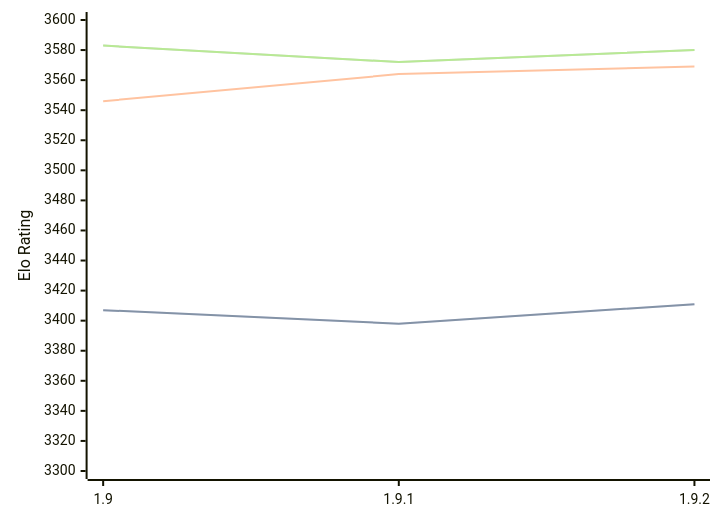
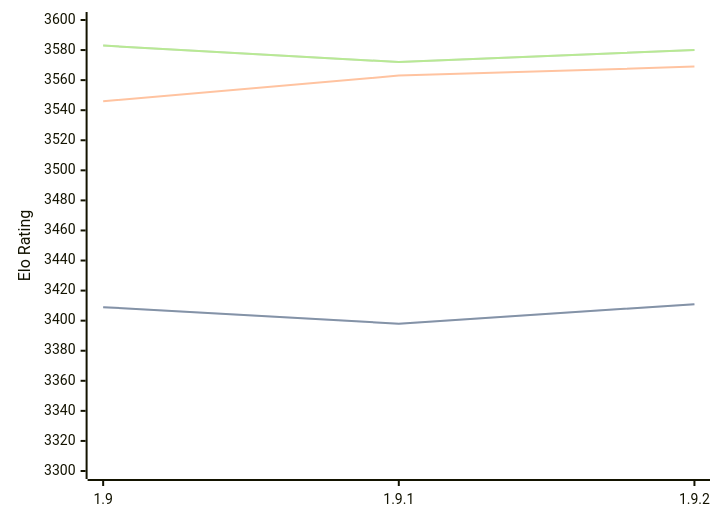
Before and after one commit to computer-chess-index/cci: the diagram in engines/Pawnocchio.md, drawn with Mermaid. The commit also changed other lines of this file, not shown here.

````diff
--- a/engines/Pawnocchio.md
+++ b/engines/Pawnocchio.md
@@ -45,11 +45,11 @@
 ```mermaid
 %%{init: {"theme":"base","themeVariables":{"seriesColors:['#a3a3a3','#222221','#faa371']}}}%%
 xychart-beta
   x-axis ["1.9", "1.9.1", "1.9.2"]
   y-axis "Elo Rating" 3300 --> 3600
-  line "STC (8.0+0.08s)" [3407, 3398, 3411]
-  line "STC (8.0+0.08s)" [3407, 3398, 3411]
-  line "LTC (60.0+0.60s)" [3546, 3564, 3569]
+  line "STC (8.0+0.08s)" [3409, 3398, 3411]
+  line "STC (8.0+0.08s)" [3409, 3398, 3411]
+  line "LTC (60.0+0.60s)" [3546, 3563, 3569]
   line "VLTC (2m24s+1.12s)" [3583, 3572, 3580]
   line "VLTC (2m24s+1.12s)" [3583, 3572, 3580]
 ```
````
